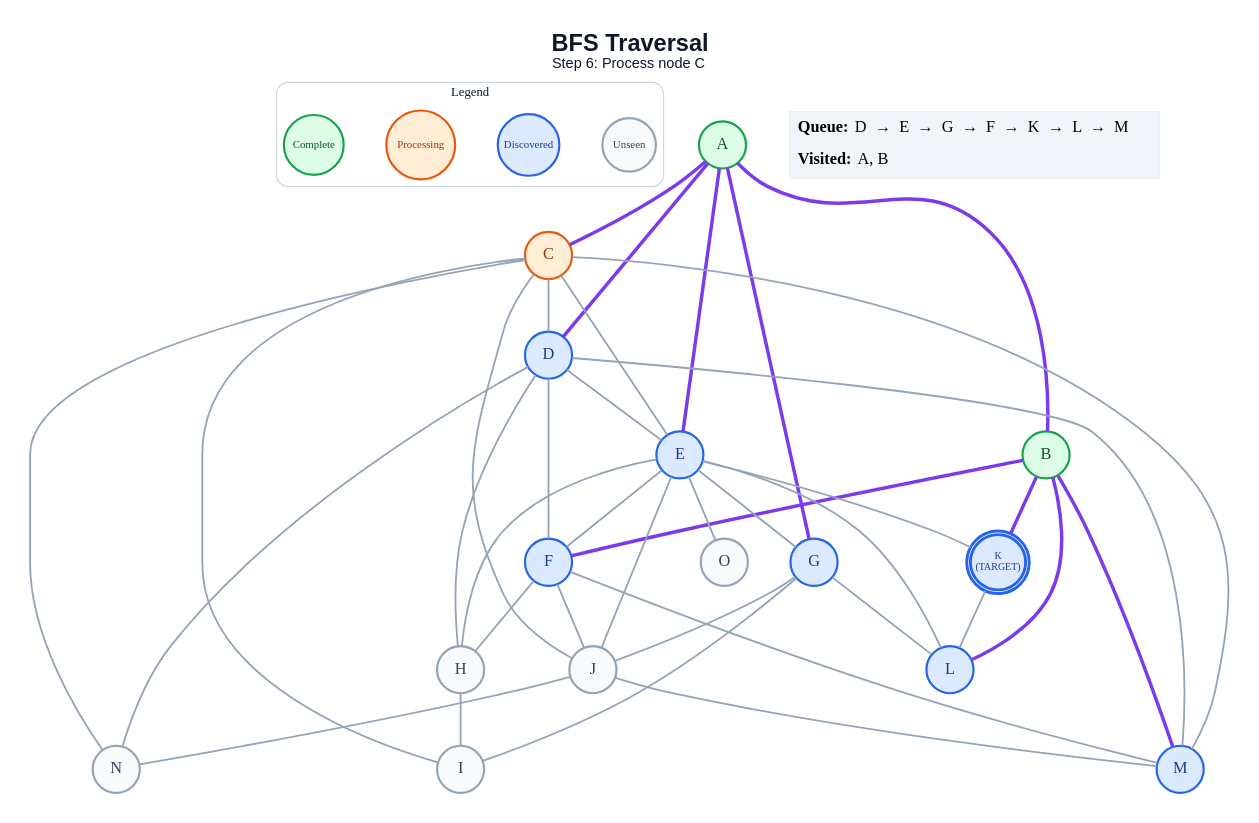
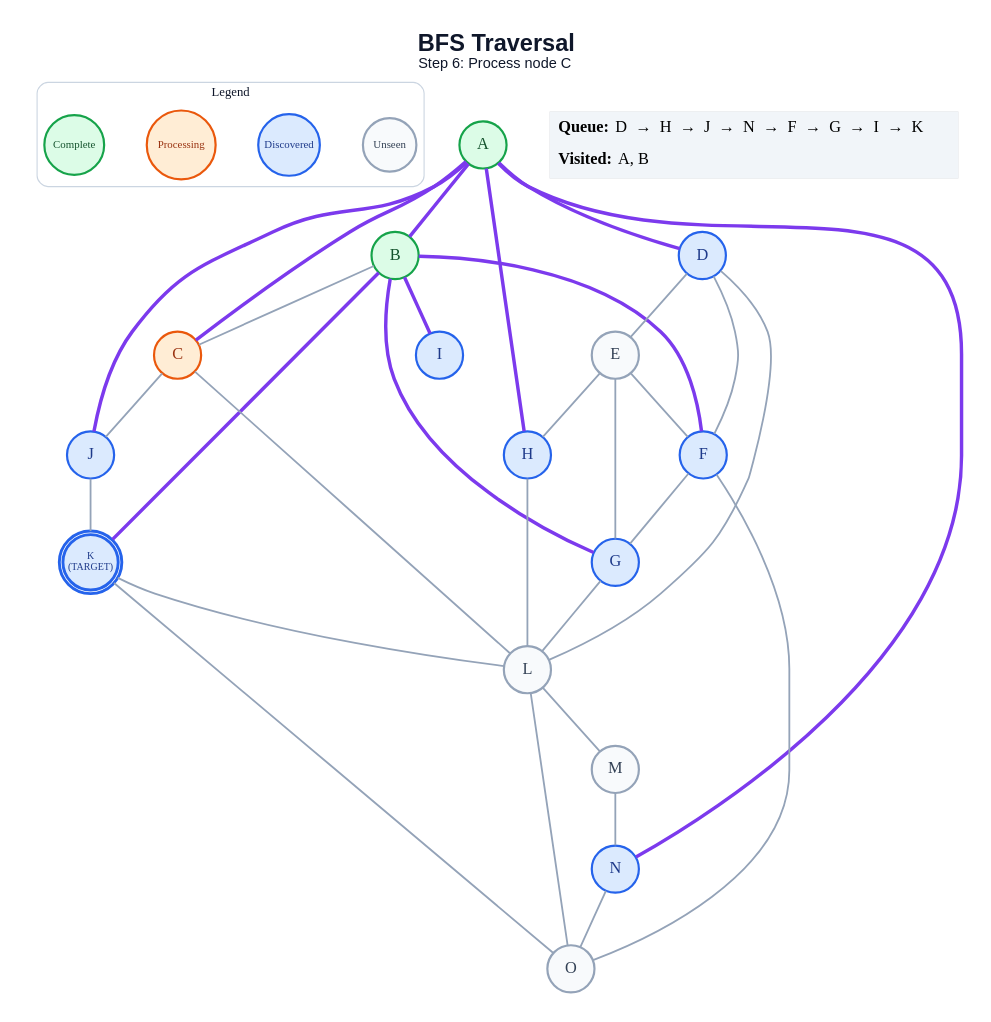
One commit to anon7238593-create/ai-slop changed the diagram in generated/bfs/step_06.dot. Above: the diagram before and after it, drawn with Graphviz. The commit also changed 265 other files, not shown here.

```diff
--- a/generated/bfs/step_06.dot
+++ b/generated/bfs/step_06.dot
@@ -1,71 +1,64 @@
 graph traversal {
   graph [layout=dot, rankdir=TB, bgcolor="#FFFFFF", pad="0.35", nodesep="0.65", ranksep="0.8", fontname="Arial"];
   node [shape=circle, style="filled", fontname="Arial Bold", fontsize=18, width=0.72, fixedsize=true, penwidth=2.4];
   edge [color="#94A3B8", penwidth=2.0];
   label=<<B>BFS Traversal</B><BR/><FONT POINT-SIZE="16">Step 6: Process node C</FONT>>; labelloc="t"; fontsize=26; fontname="Arial"; fontcolor="#0F172A";
   subgraph cluster_legend { label="Legend"; color="#CBD5E1"; penwidth=1.2; style="rounded"; fontsize=14; fontname="Arial Bold";
     key_unseen [label="Unseen", fillcolor="#F8FAFC", color="#94A3B8", fontcolor="#334155", fontsize=12, width=0.82];
     key_frontier [label="Discovered", fillcolor="#DBEAFE", color="#2563EB", fontcolor="#1E3A8A", fontsize=12, width=0.95];
     key_current [label="Processing", fillcolor="#FFEDD5", color="#EA580C", fontcolor="#9A3412", fontsize=12, width=1.05];
     key_done [label="Complete", fillcolor="#DCFCE7", color="#16A34A", fontcolor="#14532D", fontsize=12, width=0.92];
     { rank=same; key_unseen; key_frontier; key_current; key_done; }
   }
   A [label="A", fillcolor="#DCFCE7", color="#16A34A", fontcolor="#14532D", peripheries=1, penwidth=2.4];
   B [label="B", fillcolor="#DCFCE7", color="#16A34A", fontcolor="#14532D", peripheries=1, penwidth=2.4];
   C [label="C", fillcolor="#FFEDD5", color="#EA580C", fontcolor="#9A3412", peripheries=1, penwidth=2.4];
   D [label="D", fillcolor="#DBEAFE", color="#2563EB", fontcolor="#1E3A8A", peripheries=1, penwidth=2.4];
-  E [label="E", fillcolor="#DBEAFE", color="#2563EB", fontcolor="#1E3A8A", peripheries=1, penwidth=2.4];
+  E [label="E", fillcolor="#F8FAFC", color="#94A3B8", fontcolor="#334155", peripheries=1, penwidth=2.4];
   F [label="F", fillcolor="#DBEAFE", color="#2563EB", fontcolor="#1E3A8A", peripheries=1, penwidth=2.4];
   G [label="G", fillcolor="#DBEAFE", color="#2563EB", fontcolor="#1E3A8A", peripheries=1, penwidth=2.4];
-  H [label="H", fillcolor="#F8FAFC", color="#94A3B8", fontcolor="#334155", peripheries=1, penwidth=2.4];
-  I [label="I", fillcolor="#F8FAFC", color="#94A3B8", fontcolor="#334155", peripheries=1, penwidth=2.4];
-  J [label="J", fillcolor="#F8FAFC", color="#94A3B8", fontcolor="#334155", peripheries=1, penwidth=2.4];
+  H [label="H", fillcolor="#DBEAFE", color="#2563EB", fontcolor="#1E3A8A", peripheries=1, penwidth=2.4];
+  I [label="I", fillcolor="#DBEAFE", color="#2563EB", fontcolor="#1E3A8A", peripheries=1, penwidth=2.4];
+  J [label="J", fillcolor="#DBEAFE", color="#2563EB", fontcolor="#1E3A8A", peripheries=1, penwidth=2.4];
   K [label="K\n(TARGET)", fillcolor="#DBEAFE", color="#2563EB", fontcolor="#1E3A8A", peripheries=2, penwidth=3.2, fontsize=11, width=0.85, height=0.85];
-  L [label="L", fillcolor="#DBEAFE", color="#2563EB", fontcolor="#1E3A8A", peripheries=1, penwidth=2.4];
-  M [label="M", fillcolor="#DBEAFE", color="#2563EB", fontcolor="#1E3A8A", peripheries=1, penwidth=2.4];
-  N [label="N", fillcolor="#F8FAFC", color="#94A3B8", fontcolor="#334155", peripheries=1, penwidth=2.4];
+  L [label="L", fillcolor="#F8FAFC", color="#94A3B8", fontcolor="#334155", peripheries=1, penwidth=2.4];
+  M [label="M", fillcolor="#F8FAFC", color="#94A3B8", fontcolor="#334155", peripheries=1, penwidth=2.4];
+  N [label="N", fillcolor="#DBEAFE", color="#2563EB", fontcolor="#1E3A8A", peripheries=1, penwidth=2.4];
   O [label="O", fillcolor="#F8FAFC", color="#94A3B8", fontcolor="#334155", peripheries=1, penwidth=2.4];
   A -- B [color="#7C3AED", penwidth=3.8];
   A -- C [color="#7C3AED", penwidth=3.8];
   A -- D [color="#7C3AED", penwidth=3.8];
-  A -- E [color="#7C3AED", penwidth=3.8];
-  A -- G [color="#7C3AED", penwidth=3.8];
+  A -- H [color="#7C3AED", penwidth=3.8];
+  A -- J [color="#7C3AED", penwidth=3.8];
+  A -- N [color="#7C3AED", penwidth=3.8];
+  B -- C;
   B -- F [color="#7C3AED", penwidth=3.8];
+  B -- G [color="#7C3AED", penwidth=3.8];
+  B -- I [color="#7C3AED", penwidth=3.8];
   B -- K [color="#7C3AED", penwidth=3.8];
-  B -- L [color="#7C3AED", penwidth=3.8];
-  B -- M [color="#7C3AED", penwidth=3.8];
-  C -- D;
-  C -- E;
-  C -- I;
   C -- J;
-  C -- M;
-  C -- N;
+  C -- L;
   D -- E;
   D -- F;
-  D -- H;
-  D -- M;
-  D -- N;
+  D -- L;
   E -- F;
   E -- G;
   E -- H;
-  E -- J;
-  E -- K;
-  E -- L;
-  E -- O;
-  F -- H;
-  F -- J;
-  F -- M;
-  G -- I;
-  G -- J;
+  F -- G;
+  F -- O;
   G -- L;
-  H -- I;
-  J -- M;
-  J -- N;
+  H -- L;
+  J -- K;
   K -- L;
+  K -- O;
+  L -- M;
+  L -- O;
+  M -- N;
+  N -- O;
   status [shape=plain, fixedsize=false, width=0, height=0, margin=0, label=<
     <TABLE BORDER="0" CELLBORDER="0" CELLPADDING="7" BGCOLOR="#F1F5F9">
-      <TR><TD ALIGN="LEFT"><B>Queue:</B> D  →  E  →  G  →  F  →  K  →  L  →  M</TD></TR>
+      <TR><TD ALIGN="LEFT"><B>Queue:</B> D  →  H  →  J  →  N  →  F  →  G  →  I  →  K</TD></TR>
       <TR><TD ALIGN="LEFT"><B>Visited:</B> A, B</TD></TR>
     </TABLE>
   >];
 }
```
